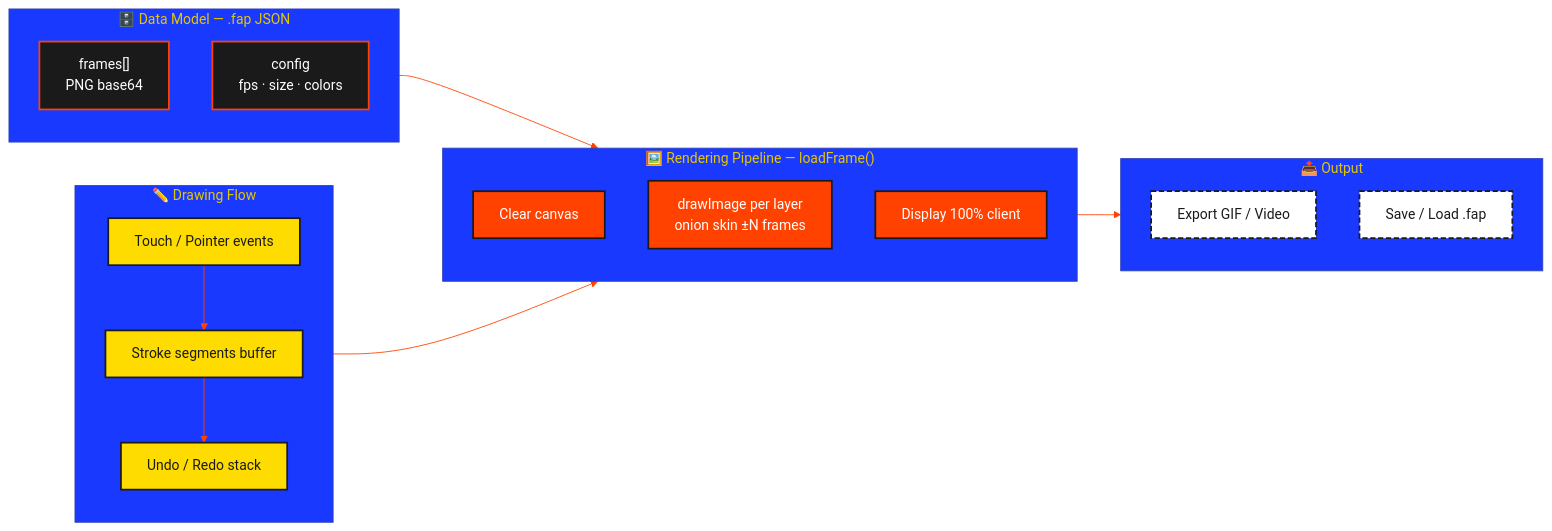
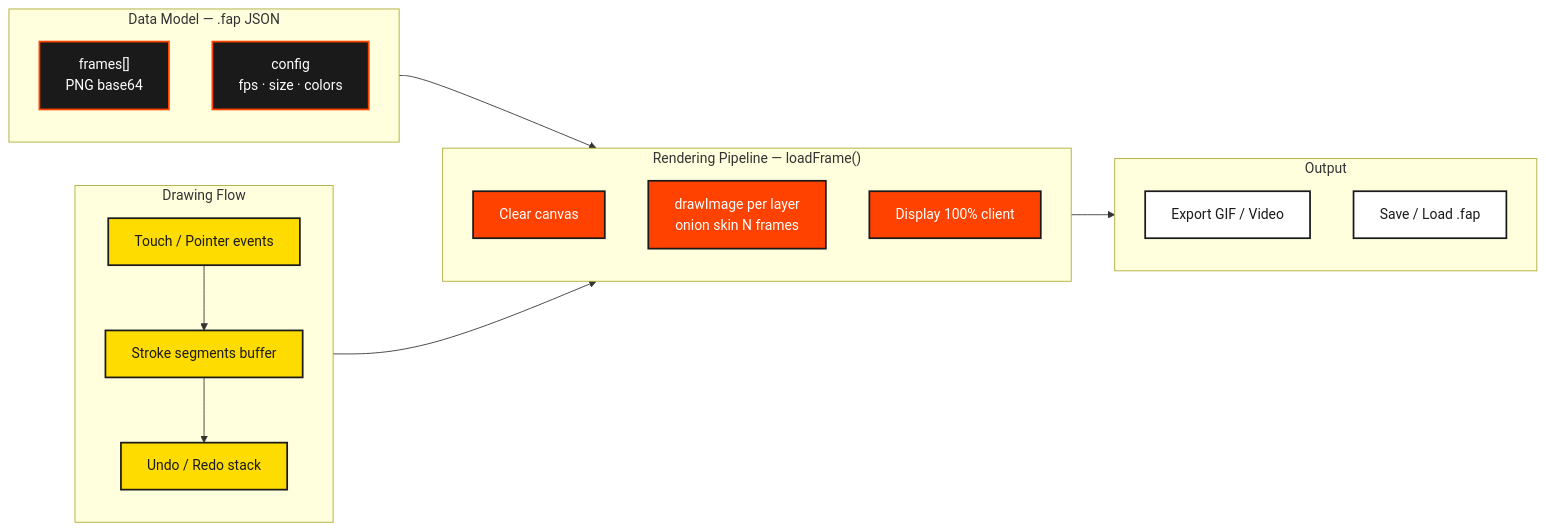
The diagram in README.md (freeanimationpower/FAP_MOBILE_WEB_VERSION), drawn with Mermaid before and after one commit.

Commit message:
Fix mermaid syntax for GitHub renderer

````diff
--- a/README.md
+++ b/README.md
@@ -62,37 +62,36 @@
 ```mermaid
 flowchart LR
-%%{init: {'theme': 'base', 'themeVariables': {'primaryColor': '#ffdc00', 'primaryBorderColor': '#1a1a1a', 'primaryTextColor': '#1a1a1a', 'lineColor': '#ff4200', 'fontFamily': 'Segoe UI'}}}%%
     classDef ui fill:#ffdc00,stroke:#1a1a1a,color:#1a1a1a,stroke-width:2px;
     classDef engine fill:#ff4200,stroke:#1a1a1a,color:#ffffff,stroke-width:2px;
     classDef data fill:#1a1a1a,stroke:#ff4200,color:#ffffff,stroke-width:2px;
-    classDef ext fill:#ffffff,stroke:#1a1a1a,color:#1a1a1a,stroke-width:2px,stroke-dasharray:6 3;
-        subgraph MODEL["🗄️ Data Model — .fap JSON"]
+    classDef ext fill:#ffffff,stroke:#1a1a1a,color:#1a1a1a,stroke-width:2px;
+        subgraph MODEL["Data Model — .fap JSON"]
             direction TB
             FRM["frames[]<br/>PNG base64"]
             CFG["config<br/>fps · size · colors"]
         end
-        subgraph PIPE["🖼️ Rendering Pipeline — loadFrame()"]
+        subgraph PIPE["Rendering Pipeline — loadFrame()"]
             direction TB
             CLR["Clear canvas"]
-            IMG["drawImage per layer<br/>onion skin ±N frames"]
+            IMG["drawImage per layer<br/>onion skin N frames"]
             DSP["Display 100% client"]
         end
-        subgraph DRAW["✏️ Drawing Flow"]
+        subgraph DRAW["Drawing Flow"]
             direction TB
             EVT["Touch / Pointer events"]
             SEG["Stroke segments buffer"]
             UND["Undo / Redo stack"]
         end
-        subgraph OUT["📤 Output"]
+        subgraph OUT["Output"]
             GIF["Export GIF / Video"]
             SAV["Save / Load .fap"]
         end
         MODEL --> PIPE
         EVT --> SEG --> UND
         SEG --> PIPE
         PIPE --> OUT
         class FRM,CFG data
         class CLR,IMG,DSP engine
         class EVT,SEG,UND ui
         class GIF,SAV ext
 ```
````
